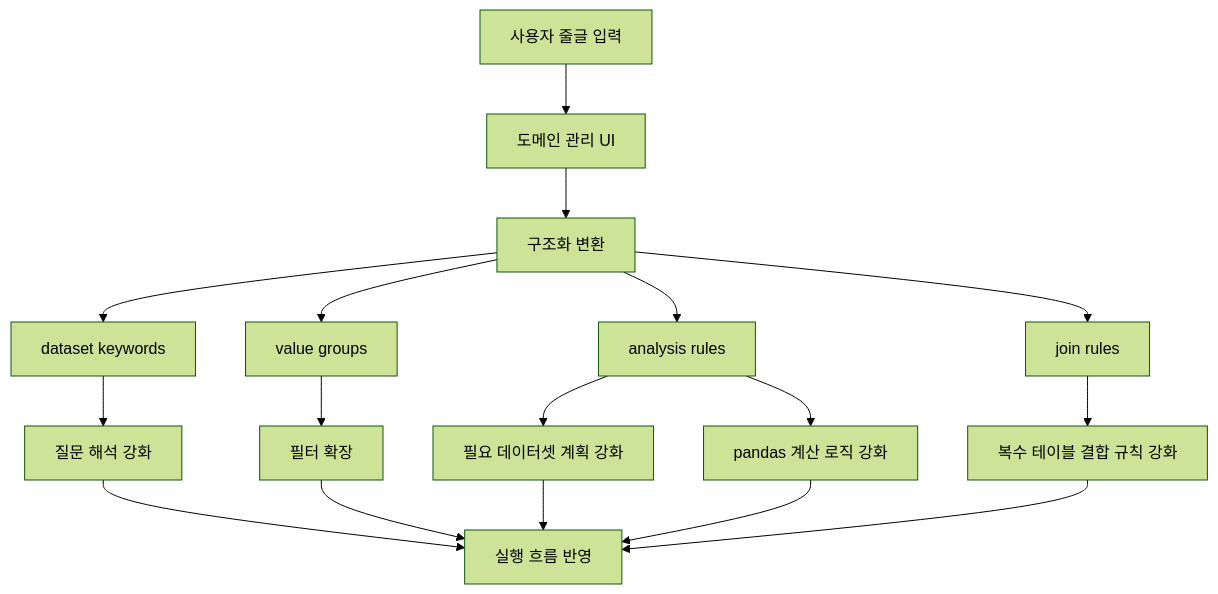
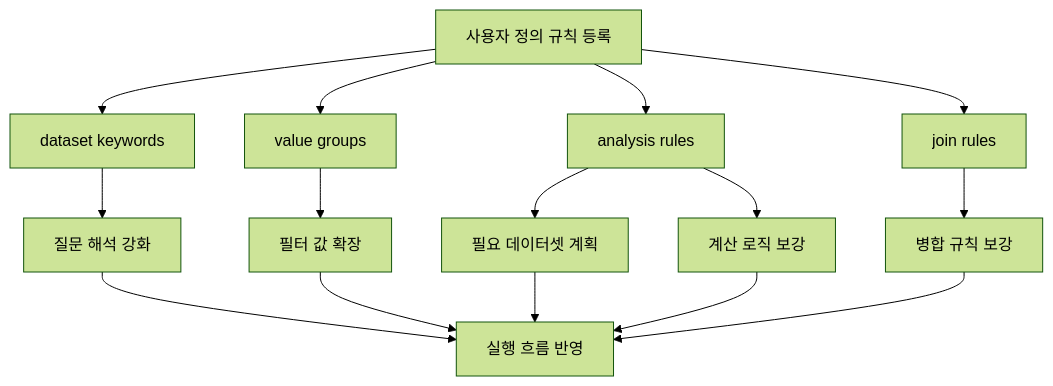
The fourth of 5 diagrams in reference_materials/docs/MANUFACTURING_AGENT_DIAGRAMS.md (bongG-moon/agent_test_v2), drawn with Mermaid (forest theme) before and after one commit. The commit also changed other lines of this file and 15 other files, not shown here.

````diff
--- a/reference_materials/docs/MANUFACTURING_AGENT_DIAGRAMS.md
+++ b/reference_materials/docs/MANUFACTURING_AGENT_DIAGRAMS.md
@@ -171,22 +79,19 @@
 ```mermaid
 flowchart TD
-    A["사용자 줄글 입력"] --> B["도메인 관리 UI"]
-    B --> C["구조화 변환"]
+    A["사용자 정의 규칙 등록"] --> B["dataset keywords"]
+    A --> C["value groups"]
+    A --> D["analysis rules"]
+    A --> E["join rules"]
 
-    C --> D["dataset keywords"]
-    C --> E["value groups"]
-    C --> F["analysis rules"]
-    C --> G["join rules"]
+    B --> F["질문 해석 강화"]
+    C --> G["필터 값 확장"]
+    D --> H["필요 데이터셋 계획"]
+    D --> I["계산 로직 보강"]
+    E --> J["병합 규칙 보강"]
 
-    D --> H["질문 해석 강화"]
-    E --> I["필터 확장"]
-    F --> J["필요 데이터셋 계획 강화"]
-    F --> K["pandas 계산 로직 강화"]
-    G --> L["복수 테이블 결합 규칙 강화"]
-
-    H --> M["실행 흐름 반영"]
-    I --> M
-    J --> M
-    K --> M
-    L --> M
+    F --> K["실행 흐름 반영"]
+    G --> K
+    H --> K
+    I --> K
+    J --> K
 ```
````
